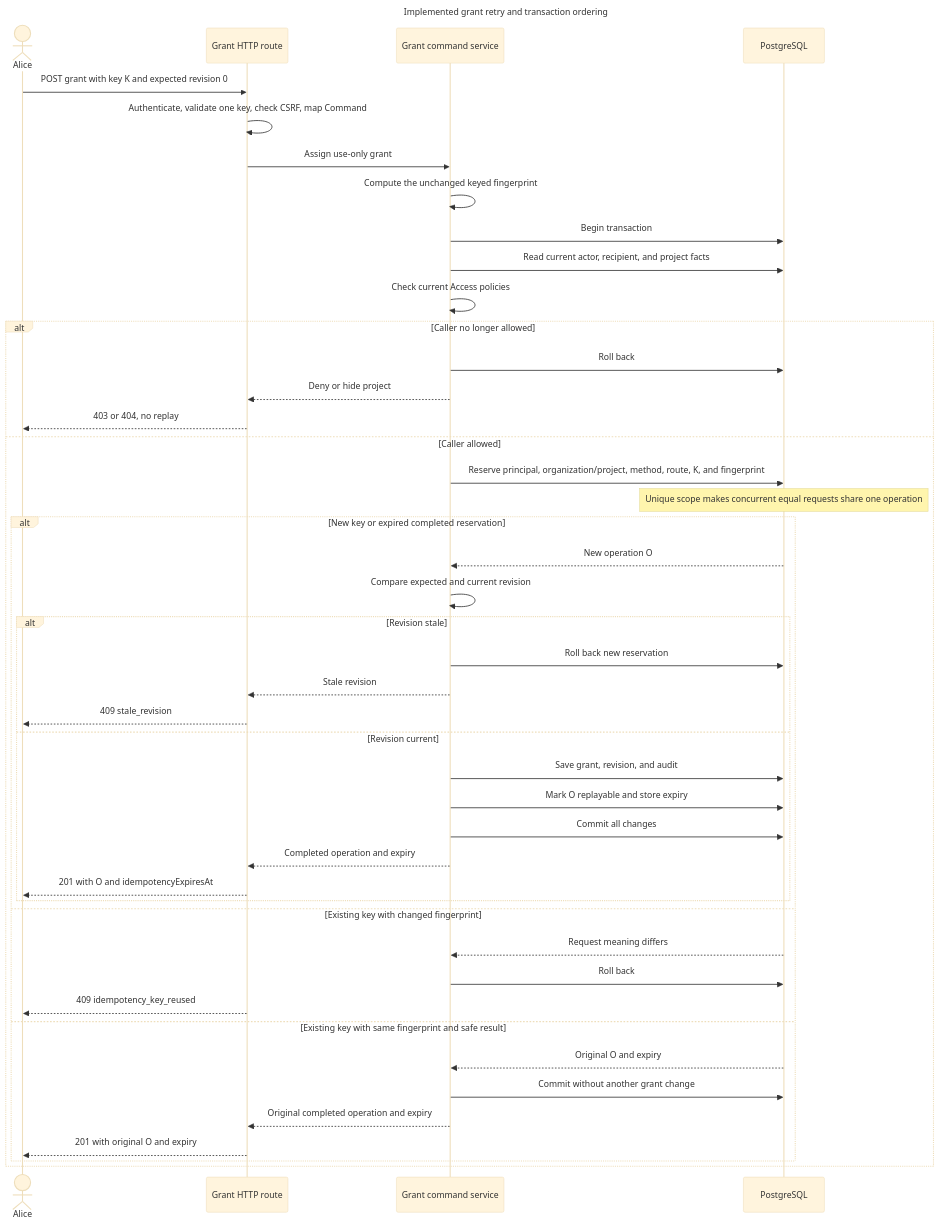
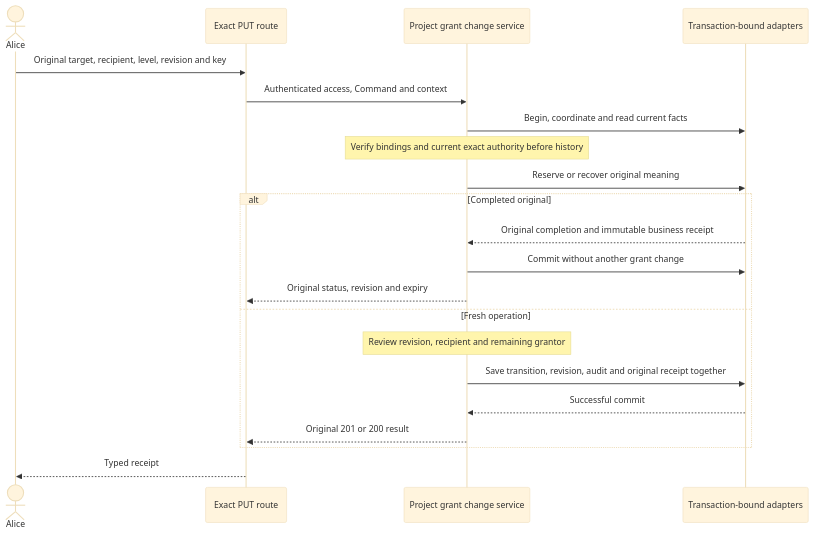
The diagram in .agents/skills/inframeld-python-standards/references/services-and-use-cases.md (matejpalenik/inframeld), drawn with Mermaid (base theme) before and after one commit. The commit also changed other lines of this file and 267 other files, not shown here.

First line of the commit message:
feat(access): complete exact grant administration (#356)

````diff
--- a/.agents/skills/inframeld-python-standards/references/services-and-use-cases.md
+++ b/.agents/skills/inframeld-python-standards/references/services-and-use-cases.md
@@ -378,50 +287,23 @@
 ```mermaid
----
-title: "Implemented grant retry and transaction ordering"
----
 sequenceDiagram
     actor Alice
-    participant HTTP as Grant HTTP route
-    participant Service as Grant command service
-    participant DB as PostgreSQL
-
-    Alice->>HTTP: POST grant with key K and expected revision 0
-    HTTP->>HTTP: Authenticate, validate one key, check CSRF, map Command
-    HTTP->>Service: Assign use-only grant
-    Service->>Service: Compute the unchanged keyed fingerprint
-    Service->>DB: Begin transaction
-    Service->>DB: Read current actor, recipient, and project facts
-    Service->>Service: Check current Access policies
-    alt Caller no longer allowed
-        Service->>DB: Roll back
-        Service-->>HTTP: Deny or hide project
-        HTTP-->>Alice: 403 or 404, no replay
-    else Caller allowed
-        Service->>DB: Reserve principal, organization/project, method, route, K, and fingerprint
-        Note over DB: Unique scope makes concurrent equal requests share one operation
-        alt New key or expired completed reservation
-            DB-->>Service: New operation O
-            Service->>Service: Compare expected and current revision
-            alt Revision stale
-                Service->>DB: Roll back new reservation
-                Service-->>HTTP: Stale revision
-                HTTP-->>Alice: 409 stale_revision
-            else Revision current
-                Service->>DB: Save grant, revision, and audit
-                Service->>DB: Mark O replayable and store expiry
-                Service->>DB: Commit all changes
-                Service-->>HTTP: Completed operation and expiry
-                HTTP-->>Alice: 201 with O and idempotencyExpiresAt
-            end
-        else Existing key with changed fingerprint
-            DB-->>Service: Request meaning differs
-            Service->>DB: Roll back
-            HTTP-->>Alice: 409 idempotency_key_reused
-        else Existing key with same fingerprint and safe result
-            DB-->>Service: Original O and expiry
-            Service->>DB: Commit without another grant change
-            Service-->>HTTP: Original completed operation and expiry
-            HTTP-->>Alice: 201 with original O and expiry
-        end
+    participant HTTP as Exact PUT route
+    participant Service as Project grant change service
+    participant DB as Transaction-bound adapters
+    Alice->>HTTP: Original target, recipient, level, revision and key
+    HTTP->>Service: Authenticated access, Command and context
+    Service->>DB: Begin, coordinate and read current facts
+    Note over Service: Verify bindings and current exact authority before history
+    Service->>DB: Reserve or recover original meaning
+    alt Completed original
+        DB-->>Service: Original completion and immutable business receipt
+        Service->>DB: Commit without another grant change
+        Service-->>HTTP: Original status, revision and expiry
+    else Fresh operation
+        Note over Service: Review revision, recipient and remaining grantor
+        Service->>DB: Save transition, revision, audit and original receipt together
+        DB-->>Service: Successful commit
+        Service-->>HTTP: Original 201 or 200 result
     end
+    HTTP-->>Alice: Typed receipt
 ```
````
